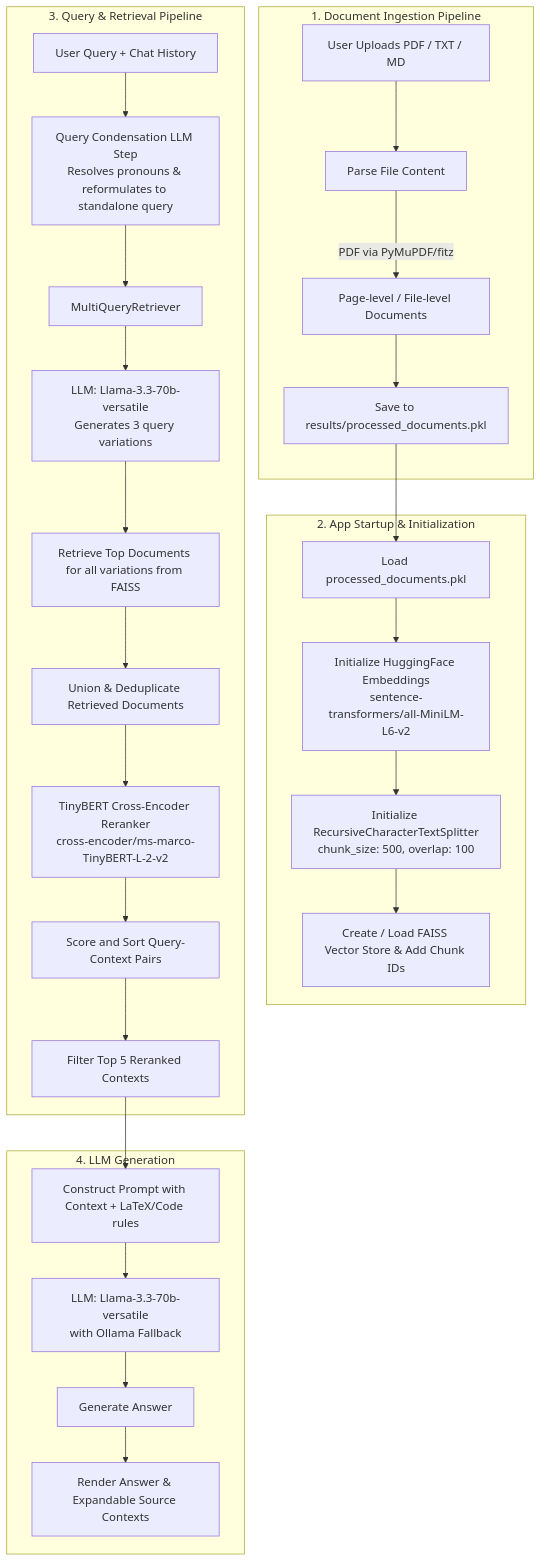
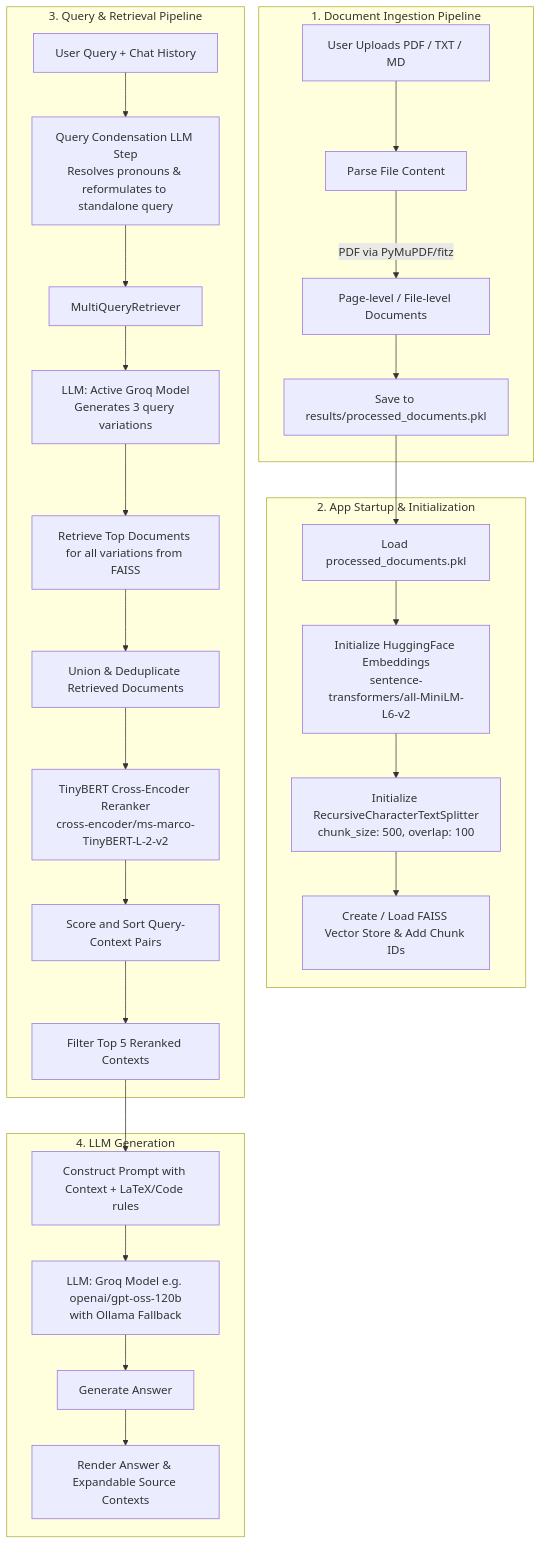
One commit to Rajdeep-Mudiar/iitg_RagChatbot_Streamlit changed the diagram in README.md. Above: the diagram before and after it, drawn with Mermaid. The commit also changed other lines of this file and 3 other files, not shown here.

````diff
--- a/README.md
+++ b/README.md
@@ -13,33 +13,33 @@
 ```mermaid
 flowchart TD
     subgraph Ingestion["1. Document Ingestion Pipeline"]
         A[User Uploads PDF / TXT / MD] --> B[Parse File Content]
         B -->|PDF via PyMuPDF/fitz| C[Page-level / File-level Documents]
         C --> D[Save to results/processed_documents.pkl]
     end
 
     subgraph AppStartup["2. App Startup & Initialization"]
         D --> E[Load processed_documents.pkl]
         E --> F[Initialize HuggingFace Embeddings<br/>sentence-transformers/all-MiniLM-L6-v2]
         F --> G[Initialize RecursiveCharacterTextSplitter<br/>chunk_size: 500, overlap: 100]
         G --> H[Create / Load FAISS Vector Store & Add Chunk IDs]
     end
 
     subgraph RAGPipeline["3. Query & Retrieval Pipeline"]
         I[User Query + Chat History] --> Condense[Query Condensation LLM Step<br/>Resolves pronouns & reformulates to standalone query]
         Condense --> J[MultiQueryRetriever]
-        J --> K[LLM: Llama-3.3-70b-versatile<br/>Generates 3 query variations]
+        J --> K[LLM: Active Groq Model<br/>Generates 3 query variations]
         K --> L[Retrieve Top Documents for all variations from FAISS]
         L --> M[Union & Deduplicate Retrieved Documents]
         M --> N[TinyBERT Cross-Encoder Reranker<br/>cross-encoder/ms-marco-TinyBERT-L-2-v2]
         N --> O[Score and Sort Query-Context Pairs]
         O --> P[Filter Top 5 Reranked Contexts]
     end
 
     subgraph Generation["4. LLM Generation"]
         P --> Q[Construct Prompt with Context + LaTeX/Code rules]
-        Q --> R[LLM: Llama-3.3-70b-versatile<br/>with Ollama Fallback]
+        Q --> R[LLM: Groq Model e.g. openai/gpt-oss-120b<br/>with Ollama Fallback]
         R --> S[Generate Answer]
         S --> T[Render Answer & Expandable Source Contexts]
     end
 ```
````
